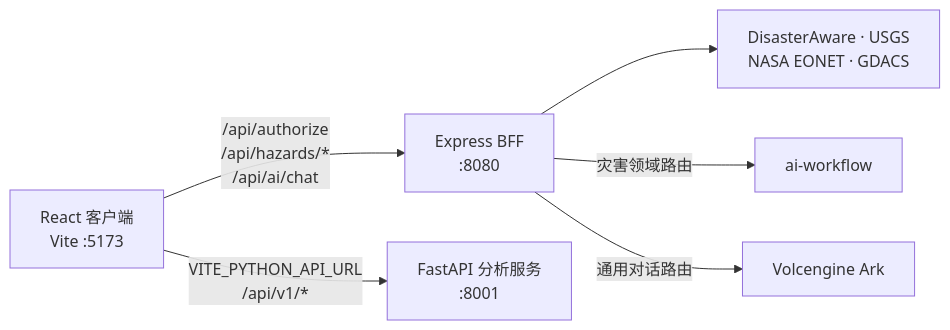
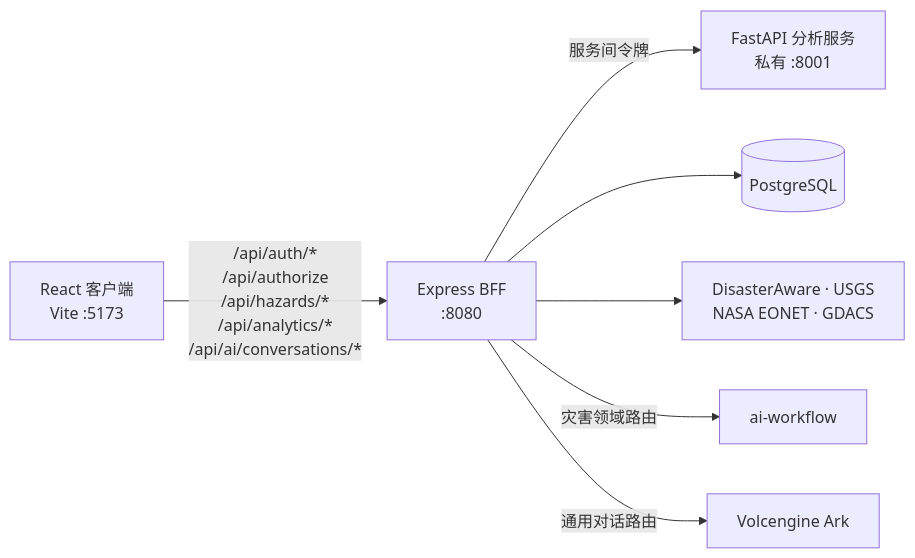
Before and after one commit to Jamie0807/prometheus-global-guardian: the second of 2 diagrams in README.md, drawn with Mermaid. The commit also changed other lines of this file and 73 other files, not shown here.

````diff
--- a/README.md
+++ b/README.md
@@ -461,15 +508,17 @@
 ```mermaid
 flowchart LR
   Browser["React 客户端\nVite :5173"]
   BFF["Express BFF\n:8080"]
-  Python["FastAPI 分析服务\n:8001"]
+  Python["FastAPI 分析服务\n私有 :8001"]
+  DB[("PostgreSQL")]
   Sources["DisasterAware · USGS\nNASA EONET · GDACS"]
   Workflow["ai-workflow"]
   Ark["Volcengine Ark"]
 
-  Browser -->|"/api/authorize\n/api/hazards/*\n/api/ai/chat"| BFF
-  Browser -->|"VITE_PYTHON_API_URL\n/api/v1/*"| Python
+  Browser -->|"/api/auth/*\n/api/authorize\n/api/hazards/*\n/api/analytics/*\n/api/ai/conversations/*"| BFF
+  BFF -->|"服务间令牌"| Python
+  BFF --> DB
   BFF --> Sources
   BFF -->|灾害领域路由| Workflow
   BFF -->|通用对话路由| Ark
 ```
````
